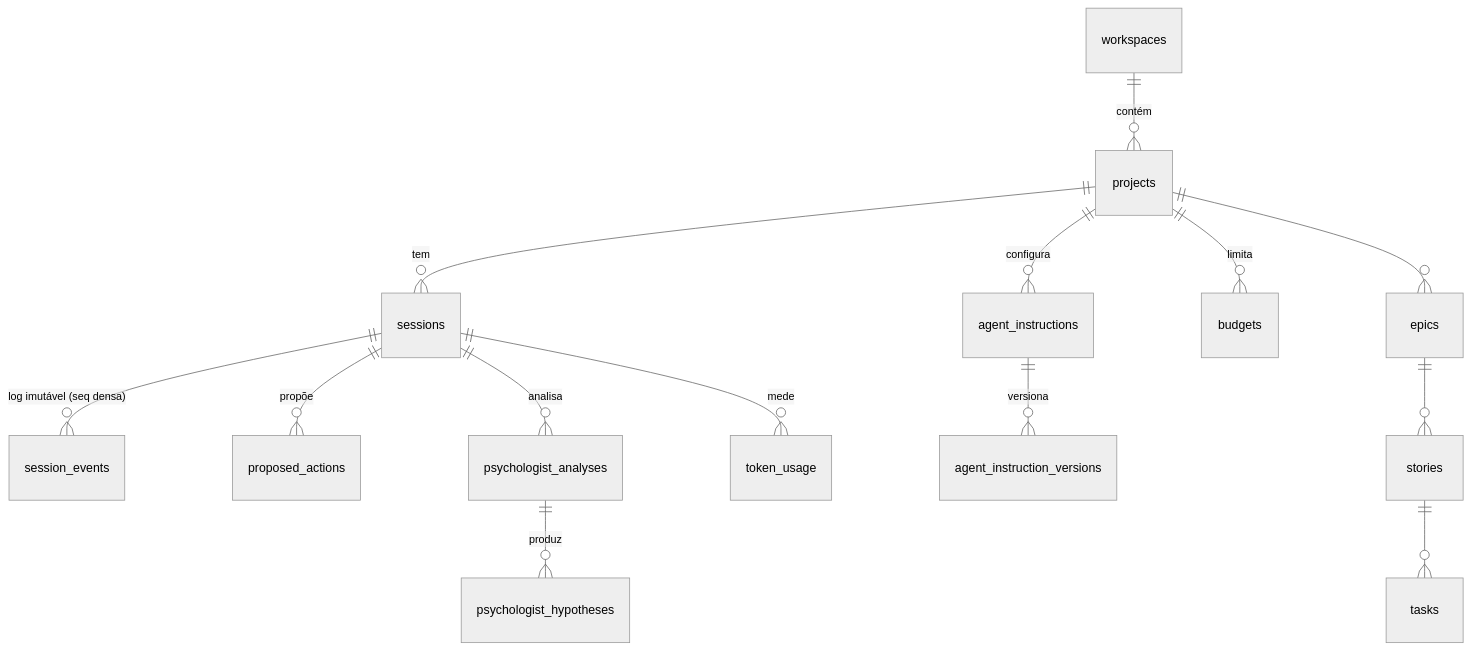
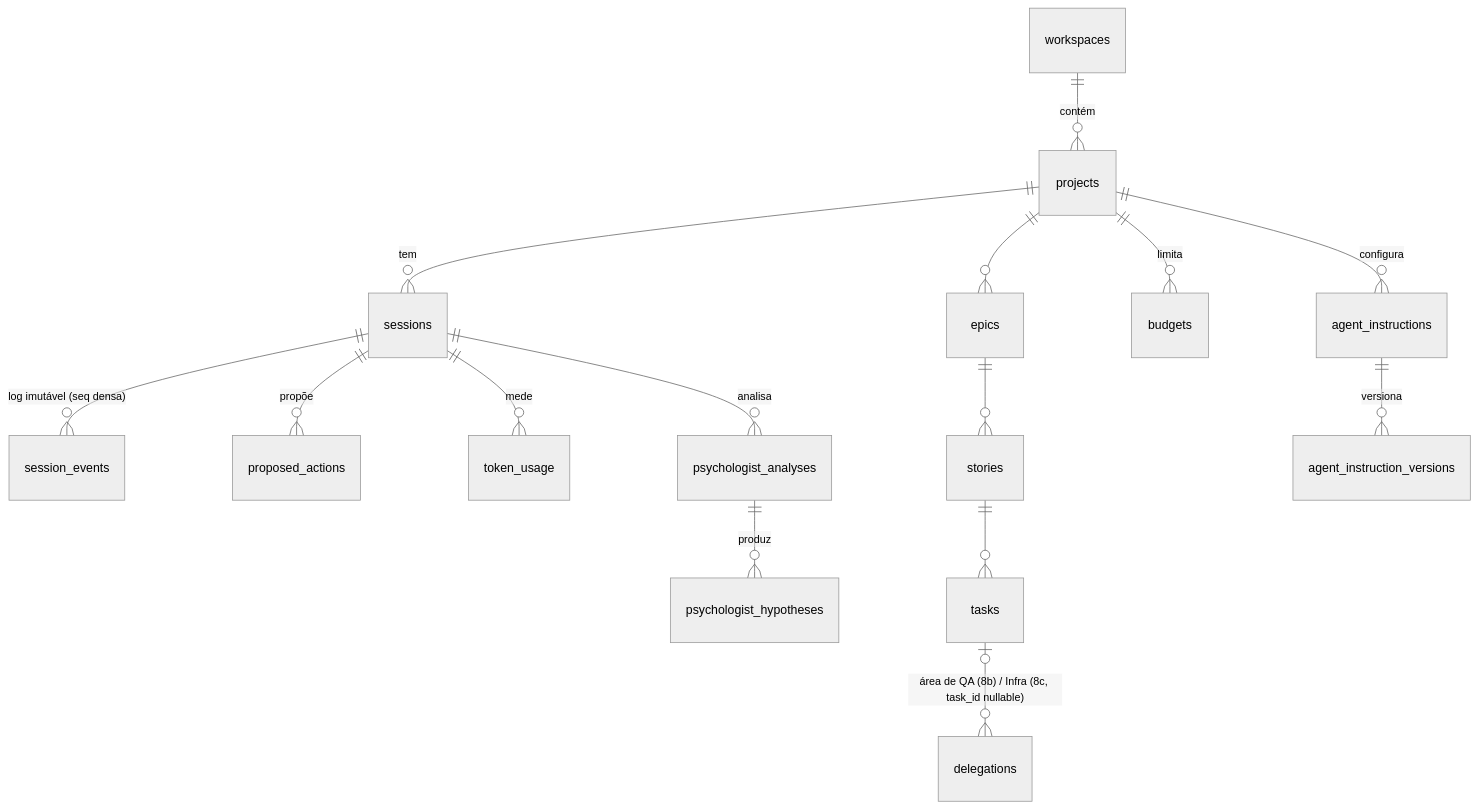
Before and after one commit to daneiel/brabo: the third of 3 diagrams in docs/architecture.md, drawn with Mermaid (neutral theme). The commit also changed other lines of this file and 135 other files, not shown here.

````diff
--- a/docs/architecture.md
+++ b/docs/architecture.md
@@ -291,16 +320,17 @@
 ```mermaid
 erDiagram
   workspaces ||--o{ projects : contém
   projects ||--o{ sessions : tem
   sessions ||--o{ session_events : "log imutável (seq densa)"
   sessions ||--o{ proposed_actions : propõe
   projects ||--o{ epics : ""
   epics ||--o{ stories : ""
   stories ||--o{ tasks : ""
+  tasks |o--o{ delegations : "área de QA (8b) / Infra (8c, task_id nullable)"
   projects ||--o{ budgets : limita
   sessions ||--o{ token_usage : mede
   projects ||--o{ agent_instructions : configura
   agent_instructions ||--o{ agent_instruction_versions : versiona
   sessions ||--o{ psychologist_analyses : analisa
   psychologist_analyses ||--o{ psychologist_hypotheses : produz
 ```
````
